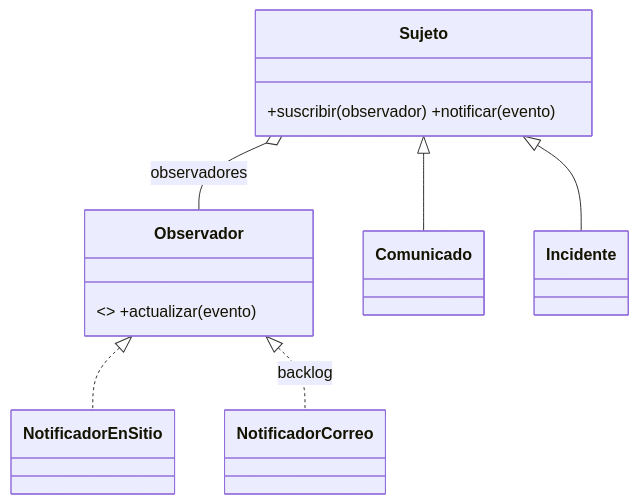
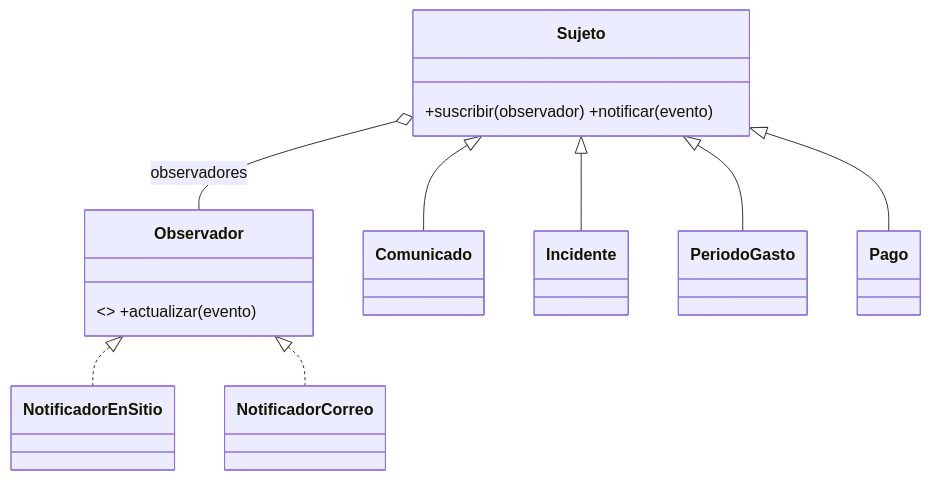
One commit to Trinity-Codex/Proyecto_CondoHub changed the third of 3 diagrams in DOCUMENTACION.md. Above: the diagram before and after it, drawn with Mermaid. The commit also changed other lines of this file and 10 other files, not shown here.

````diff
--- a/DOCUMENTACION.md
+++ b/DOCUMENTACION.md
@@ -299,10 +301,12 @@
 ```mermaid
 classDiagram
     class Sujeto { +suscribir(observador) +notificar(evento) }
     class Observador { <<interface>> +actualizar(evento) }
     Sujeto <|-- Comunicado
     Sujeto <|-- Incidente
+    Sujeto <|-- PeriodoGasto
+    Sujeto <|-- Pago
     Observador <|.. NotificadorEnSitio
-    Observador <|.. NotificadorCorreo : backlog
+    Observador <|.. NotificadorCorreo
     Sujeto o-- Observador : observadores
 ```
````
